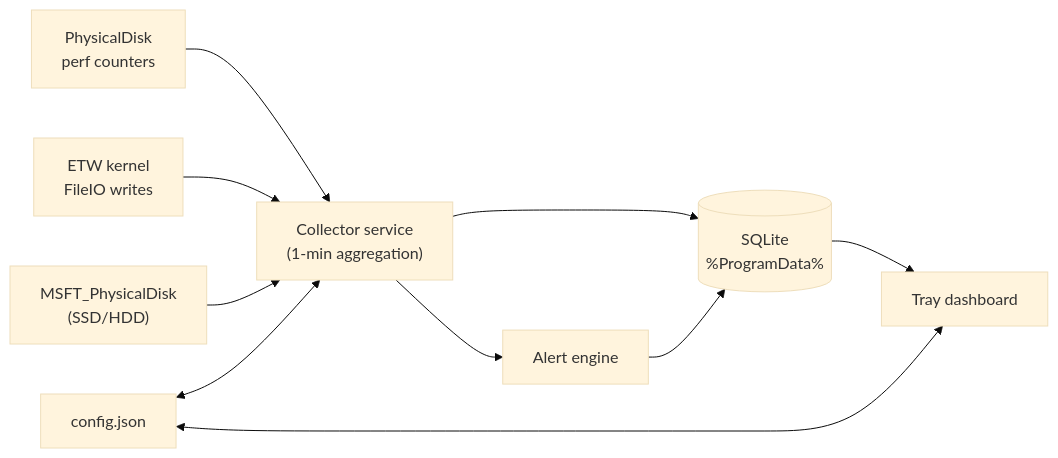
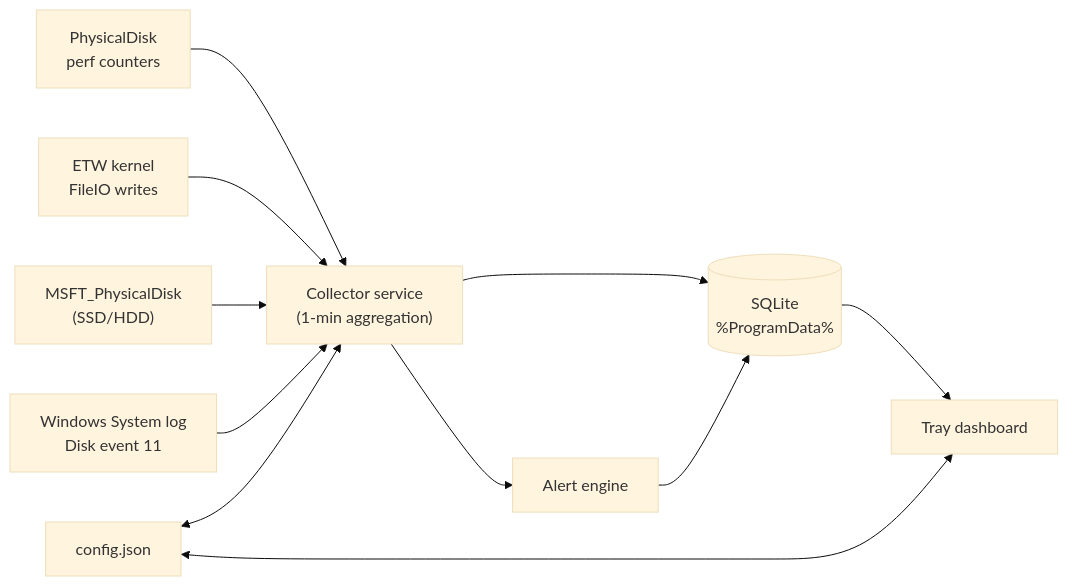
The diagram in README.md (andrewtheart/DiskActivityMonitor), drawn with Mermaid (base theme) before and after one commit. The commit also changed other lines of this file, not shown here.

````diff
--- a/README.md
+++ b/README.md
@@ -191,12 +221,13 @@
 ```mermaid
 flowchart LR
     PC["PhysicalDisk\nperf counters"] --> COL
     PIO["ETW kernel\nFileIO writes"] --> COL
     WMI["MSFT_PhysicalDisk\n(SSD/HDD)"] --> COL
+    EVT["Windows System log\nDisk event 11"] --> COL
     COL["Collector service\n(1-min aggregation)"] --> DB[("SQLite\n%ProgramData%")]
     COL --> AL["Alert engine"]
     AL --> DB
     DB --> TRAY["Tray dashboard"]
     CFG["config.json"] <--> COL
     CFG <--> TRAY
 ```
````
